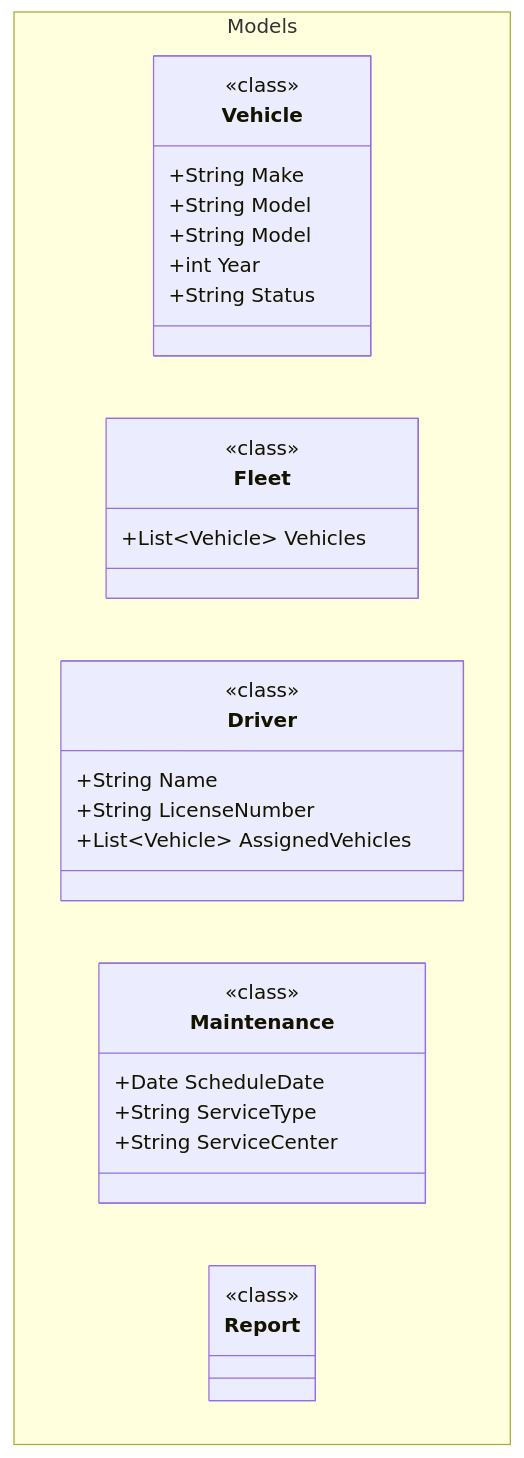
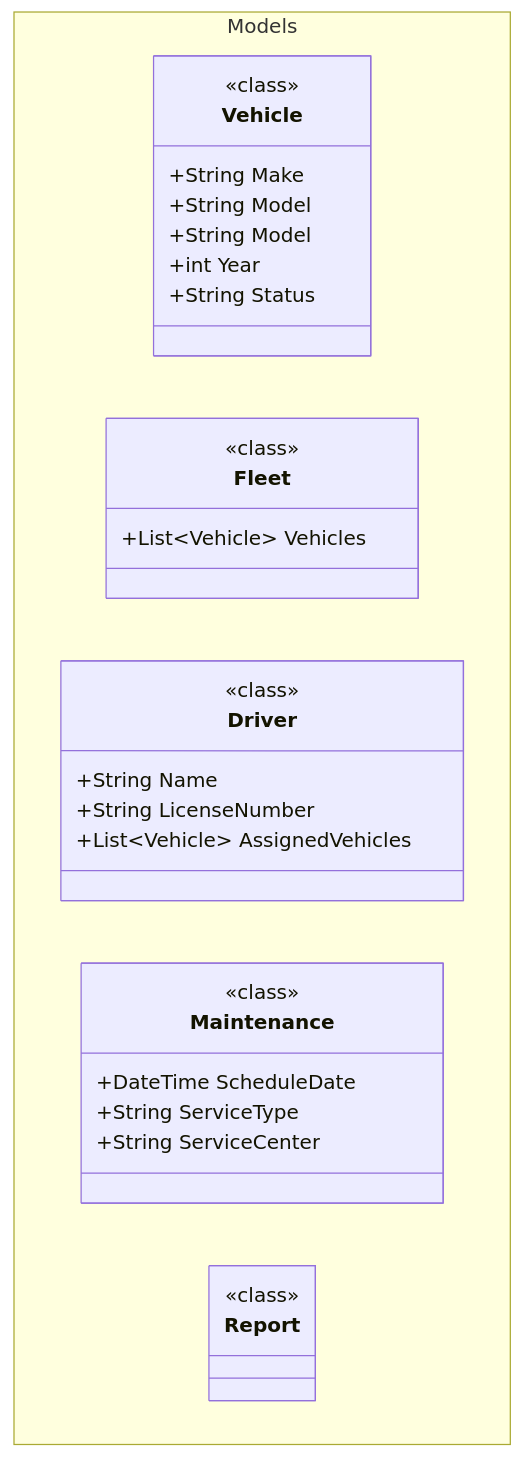
One commit to ReneLombard/mermaid-codegen changed the first of 2 diagrams in docs/pages/getting-started/getting-started.md. Above: the diagram before and after it, drawn with Mermaid. The commit also changed other lines of this file and 11 other files, not shown here.

````diff
--- a/docs/pages/getting-started/getting-started.md
+++ b/docs/pages/getting-started/getting-started.md
@@ -81,36 +81,36 @@
 ```mermaid
 classDiagram
 namespace Models {
     class Vehicle {
         <<class>>
         +String Make
         +String Model
         +String Model
         +int Year
         +String Status
     }
 
     class Fleet {
         <<class>>
         +List~Vehicle~ Vehicles
     }
 
     class Driver {
         <<class>>
         +String Name
         +String LicenseNumber
         +List~Vehicle~ AssignedVehicles
     }
 
     class Maintenance {
         <<class>>
-        +Date ScheduleDate
+        +DateTime ScheduleDate
         +String ServiceType
         +String ServiceCenter
     }
 
     class Report {
         <<class>>
     }
 }
 ```
````
